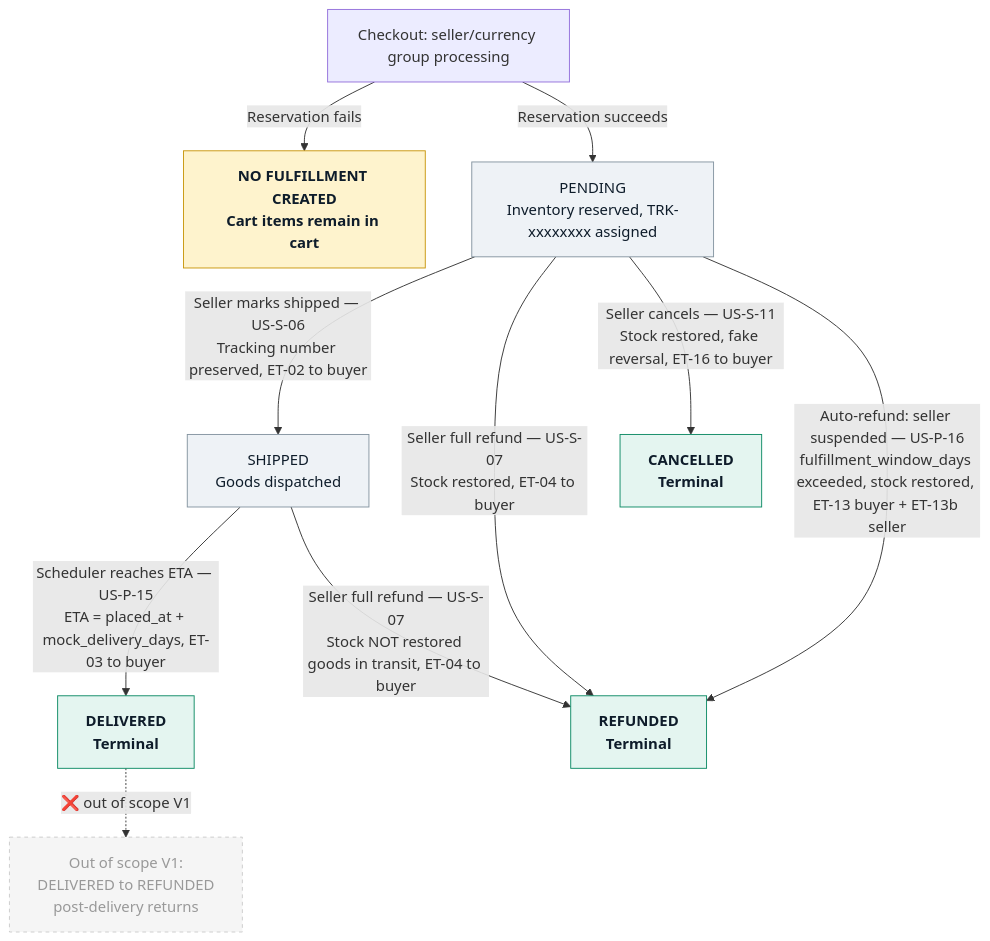
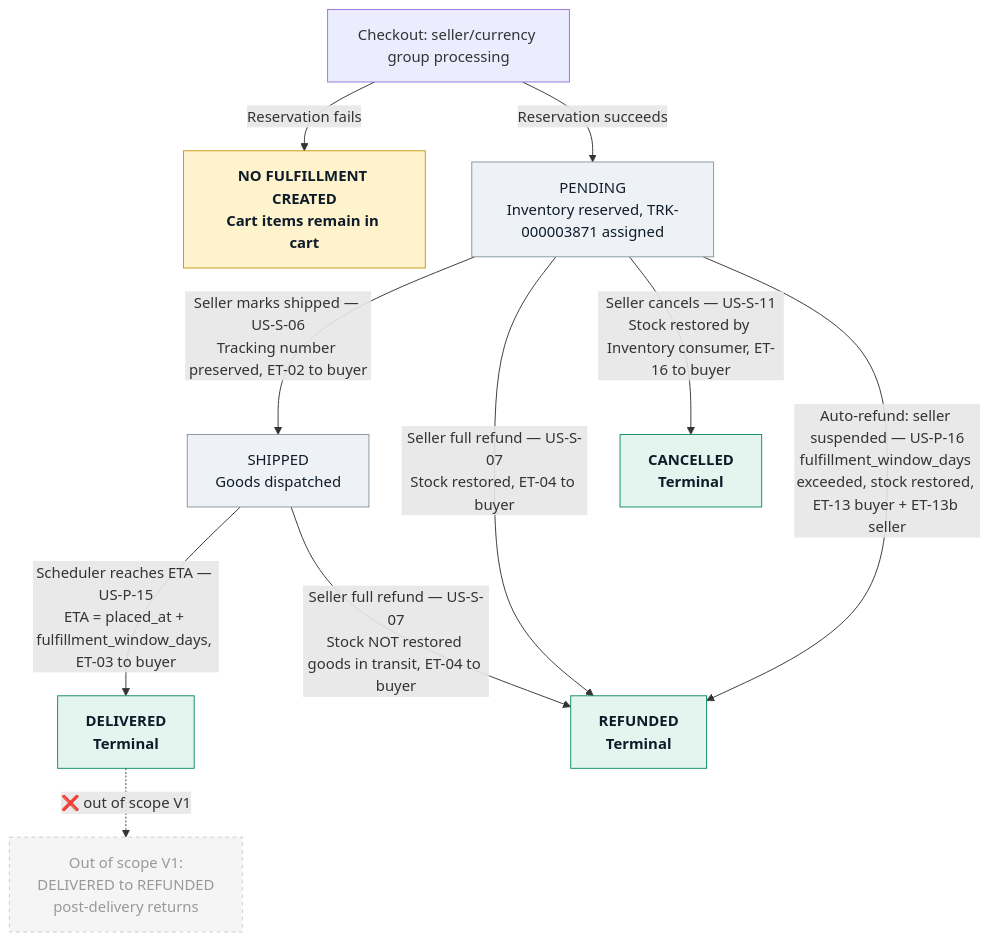
One commit to alisa-uthi/aliceut-ecom-document changed the diagram in phase-1/diagrams/03-fulfillment-lifecycle.md. Above: the diagram before and after it, drawn with Mermaid. The commit also changed other lines of this file and 73 other files, not shown here.

````diff
--- a/phase-1/diagrams/03-fulfillment-lifecycle.md
+++ b/phase-1/diagrams/03-fulfillment-lifecycle.md
@@ -17,31 +17,31 @@
 ```mermaid
 graph TD
     CHECKOUT["Checkout: seller/currency group processing"]
     NO_FULFILL["NO FULFILLMENT CREATED\nCart items remain in cart"]
-    PENDING["PENDING\nInventory reserved, TRK-xxxxxxxx assigned"]
+    PENDING["PENDING\nInventory reserved, TRK-000003871 assigned"]
     SHIPPED["SHIPPED\nGoods dispatched"]
     DELIVERED["DELIVERED\nTerminal"]
     REFUNDED["REFUNDED\nTerminal"]
     CANCELLED["CANCELLED\nTerminal"]
     OOS_NOTE["Out of scope V1:\nDELIVERED to REFUNDED\npost-delivery returns"]
 
     CHECKOUT -->|Reservation fails| NO_FULFILL
     CHECKOUT -->|Reservation succeeds| PENDING
     PENDING -->|Seller marks shipped — US-S-06\nTracking number preserved, ET-02 to buyer| SHIPPED
-    SHIPPED -->|Scheduler reaches ETA — US-P-15\nETA = placed_at + mock_delivery_days, ET-03 to buyer| DELIVERED
+    SHIPPED -->|Scheduler reaches ETA — US-P-15\nETA = placed_at + fulfillment_window_days, ET-03 to buyer| DELIVERED
     PENDING -->|Seller full refund — US-S-07\nStock restored, ET-04 to buyer| REFUNDED
     SHIPPED -->|Seller full refund — US-S-07\nStock NOT restored goods in transit, ET-04 to buyer| REFUNDED
-    PENDING -->|Seller cancels — US-S-11\nStock restored, fake reversal, ET-16 to buyer| CANCELLED
+    PENDING -->|Seller cancels — US-S-11\nStock restored by Inventory consumer, ET-16 to buyer| CANCELLED
     PENDING -->|Auto-refund: seller suspended — US-P-16\nfulfillment_window_days exceeded, stock restored, ET-13 buyer + ET-13b seller| REFUNDED
     DELIVERED -.->|"❌ out of scope V1"| OOS_NOTE
 
     classDef terminal fill:#E4F5F0,stroke:#0C8A64,color:#0E1C2A,font-weight:600
     classDef active fill:#EEF2F6,stroke:#8494A0,color:#0E1C2A
     classDef warn fill:#FEF3CD,stroke:#C8960C,color:#0E1C2A,font-weight:600
     classDef oos fill:#F5F5F5,stroke:#CCCCCC,color:#999999,stroke-dasharray:4
 
     class DELIVERED,REFUNDED,CANCELLED terminal
     class PENDING,SHIPPED active
     class NO_FULFILL warn
     class OOS_NOTE oos
 ```
````
